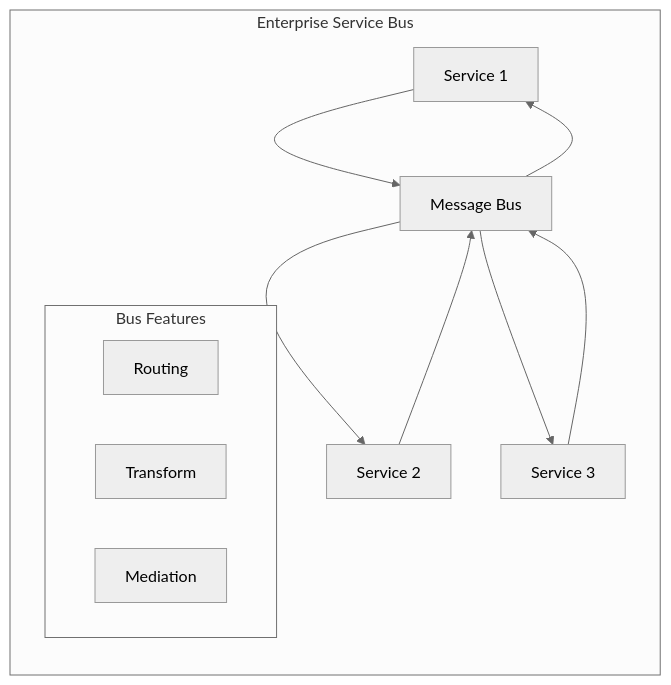
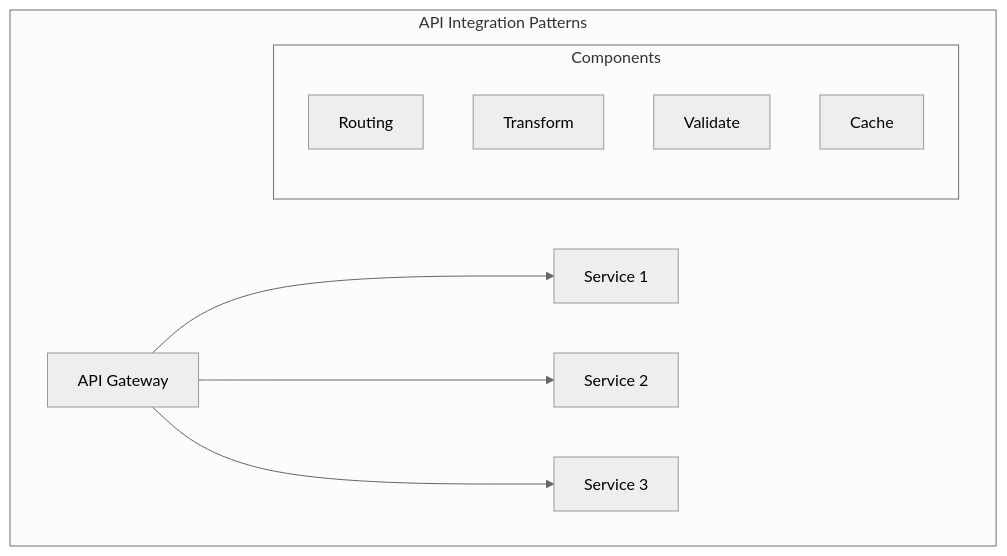
Before and after one commit to saravanakumarrc/Architecture_Journey: the second of 3 diagrams in src/Integration_Patterns_and_Antipatterns.md, drawn with Mermaid (neutral theme). The commit also changed other lines of this file and 6 other files, not shown here.

First line of the commit message:
Refactor observability documentation: streamline sections, enhance clarity, and update diagrams for better understanding of monitoring components and patterns.

````diff
--- a/src/Integration_Patterns_and_Antipatterns.md
+++ b/src/Integration_Patterns_and_Antipatterns.md
@@ -95,17 +33,15 @@
 ```mermaid
-graph LR
-    subgraph "Enterprise Service Bus"
-        S1[Service 1] --> MB[Message Bus]
-        S2[Service 2] --> MB
-        S3[Service 3] --> MB
-        MB --> S1
-        MB --> S2
-        MB --> S3
+graph TB
+    subgraph "API Integration Patterns"
+        API[API Gateway] --> S1[Service 1]
+        API --> S2[Service 2]
+        API --> S3[Service 3]
         
-        subgraph "Bus Features"
+        subgraph "Components"
             R[Routing]
             T[Transform]
-            M[Mediation]
+            V[Validate]
+            C[Cache]
         end
     end
 ```
````
